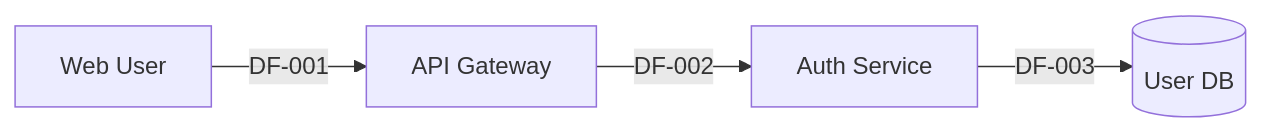
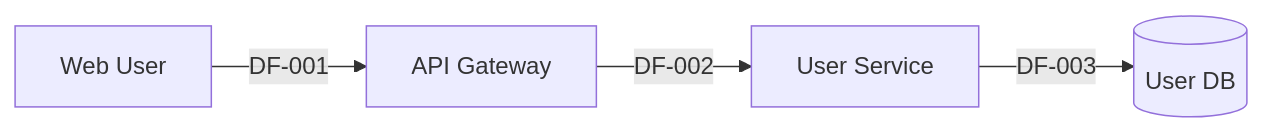
The diagram in phases/P2-DFD-ANALYSIS.md (fr33d3m0n/threat-modeling), drawn with Mermaid before and after one commit. The commit also changed other lines of this file and 175 other files, not shown here.

````diff
--- a/phases/P2-DFD-ANALYSIS.md
+++ b/phases/P2-DFD-ANALYSIS.md
@@ -213,6 +1020,6 @@
 ```mermaid
 graph LR
     EI001[Web User] -->|DF-001| P001[API Gateway]
-    P001 -->|DF-002| P002[Auth Service]
+    P001 -->|DF-002| P002[User Service]
     P002 -->|DF-003| DS001[(User DB)]
 ```
````
